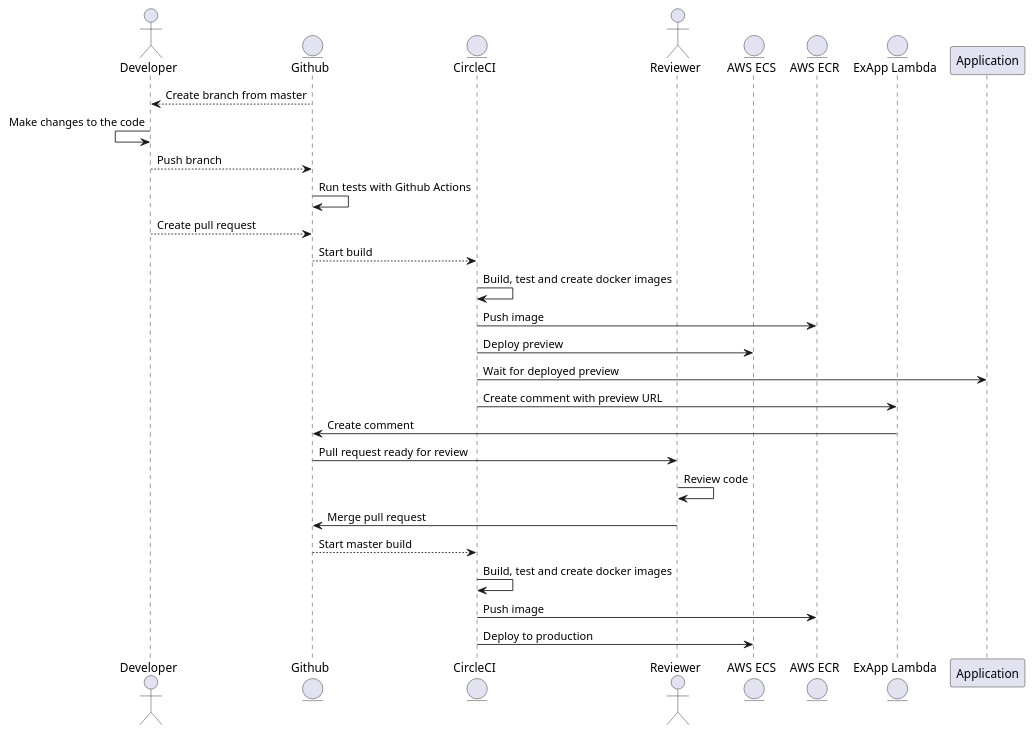
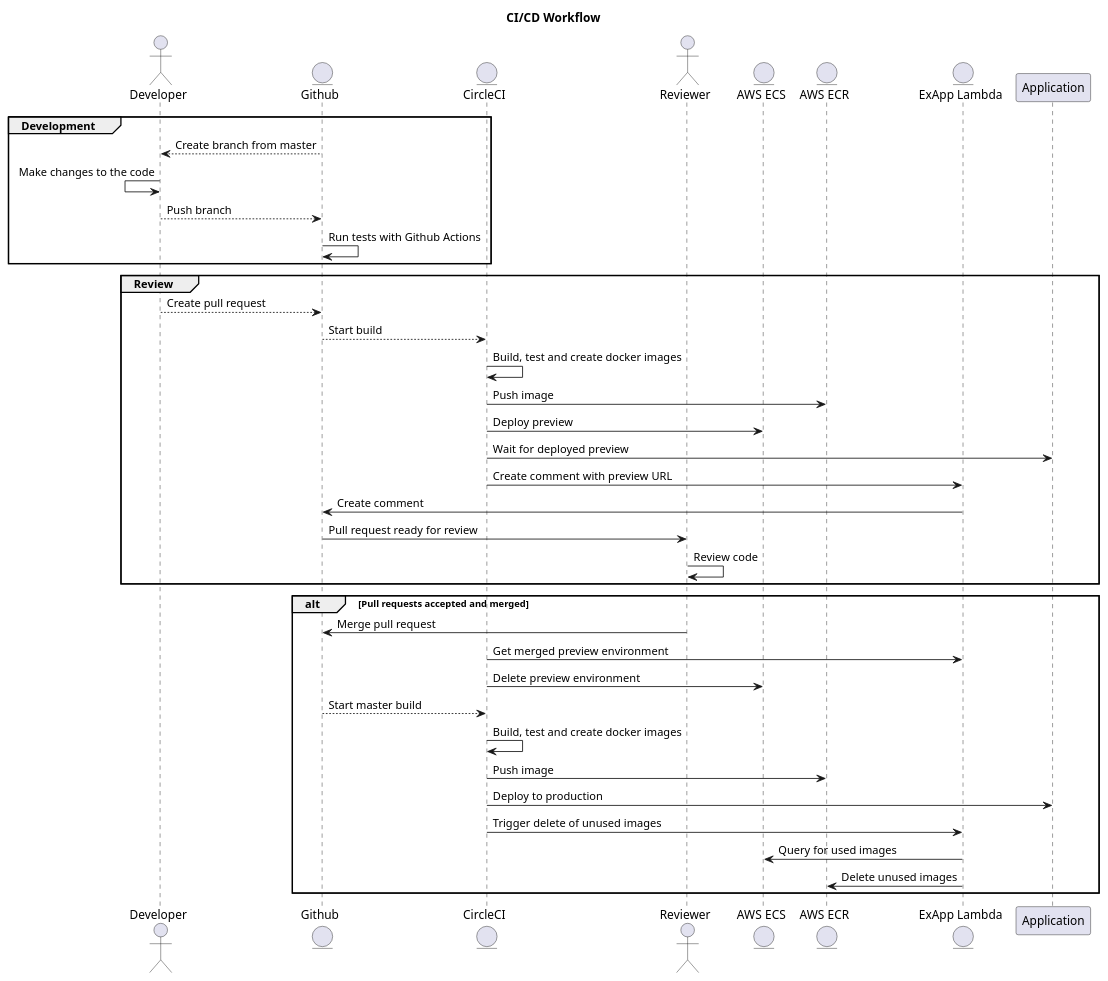
The diagram in thesis/workflow.puml (kuffel/ex_app), drawn with PlantUML before and after one commit. The commit also changed 1 other file, not shown here.

Commit message:
Updated diagram for the CI/CD workflow

```diff
--- a/thesis/workflow.puml
+++ b/thesis/workflow.puml
@@ -1,32 +1,45 @@
 @startuml
+
+title CI/CD Workflow
 
 actor "Developer"
 entity "Github"
 
 entity "CircleCI"
 actor "Reviewer"
 entity "AWS ECS"
 entity "AWS ECR"
 entity "ExApp Lambda"
 
+group Development
+    "Developer" <-- "Github": Create branch from master
+    "Developer" <- "Developer": Make changes to the code
+    "Developer" --> "Github": Push branch
+    "Github" -> "Github": Run tests with Github Actions
+end
+group Review
+    "Developer" --> "Github": Create pull request
+    "Github" --> "CircleCI": Start build
+    "CircleCI" -> "CircleCI": Build, test and create docker images
+    "CircleCI" -> "AWS ECR": Push image
+    "CircleCI" -> "AWS ECS": Deploy preview
+    "CircleCI" -> "Application": Wait for deployed preview
+    "CircleCI" -> "ExApp Lambda": Create comment with preview URL
+    "ExApp Lambda" -> "Github": Create comment
+    "Github" -> "Reviewer": Pull request ready for review
+    "Reviewer" -> "Reviewer": Review code
+end
 
-"Developer" <-- "Github": Create branch from master
-"Developer" <- "Developer": Make changes to the code
-"Developer" --> "Github": Push branch
-"Github" -> "Github": Run tests with Github Actions
-"Developer" --> "Github": Create pull request
-"Github" --> "CircleCI": Start build
-"CircleCI" -> "CircleCI": Build, test and create docker images
-"CircleCI" -> "AWS ECR": Push image
-"CircleCI" -> "AWS ECS": Deploy preview
-"CircleCI" -> "Application": Wait for deployed preview
-"CircleCI" -> "ExApp Lambda": Create comment with preview URL
-"ExApp Lambda" -> "Github": Create comment
-"Github" -> "Reviewer": Pull request ready for review
-"Reviewer" -> "Reviewer": Review code
-"Reviewer" -> "Github" : Merge pull request
-"Github" --> "CircleCI": Start master build
-"CircleCI" -> "CircleCI": Build, test and create docker images
-"CircleCI" -> "AWS ECR": Push image
-"CircleCI" -> "AWS ECS": Deploy to production
+alt Pull requests accepted and merged
+    "Reviewer" -> "Github" : Merge pull request
+    "CircleCI" -> "ExApp Lambda": Get merged preview environment
+    "CircleCI" -> "AWS ECS": Delete preview environment
+    "Github" --> "CircleCI": Start master build
+    "CircleCI" -> "CircleCI": Build, test and create docker images
+    "CircleCI" -> "AWS ECR": Push image
+    "CircleCI" -> "Application": Deploy to production
+    "CircleCI" -> "ExApp Lambda": Trigger delete of unused images
+    "ExApp Lambda" -> "AWS ECS": Query for used images
+    "ExApp Lambda" -> "AWS ECR": Delete unused images
+end
 @enduml
```
